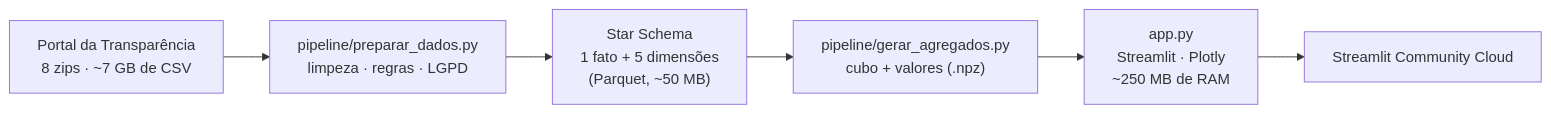
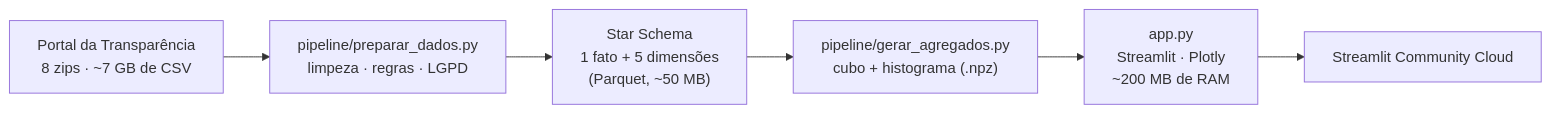
One commit to caiquemiranda/auditoria-viagens-publicas-projeto changed the diagram in README.md. Above: the diagram before and after it, drawn with Mermaid. The commit also changed other lines of this file, not shown here.

First line of the commit message:
docs: README com histograma, estatísticas exatas e memória atual

````diff
--- a/README.md
+++ b/README.md
@@ -45,8 +45,8 @@
 ```mermaid
 flowchart LR
     A["Portal da Transparência<br/>8 zips · ~7 GB de CSV"] --> B["pipeline/preparar_dados.py<br/>limpeza · regras · LGPD"]
     B --> C["Star Schema<br/>1 fato + 5 dimensões<br/>(Parquet, ~50 MB)"]
-    C --> D["pipeline/gerar_agregados.py<br/>cubo + valores (.npz)"]
-    D --> E["app.py<br/>Streamlit · Plotly<br/>~250 MB de RAM"]
+    C --> D["pipeline/gerar_agregados.py<br/>cubo + histograma (.npz)"]
+    D --> E["app.py<br/>Streamlit · Plotly<br/>~200 MB de RAM"]
     E --> F["Streamlit Community Cloud"]
 ```
````
